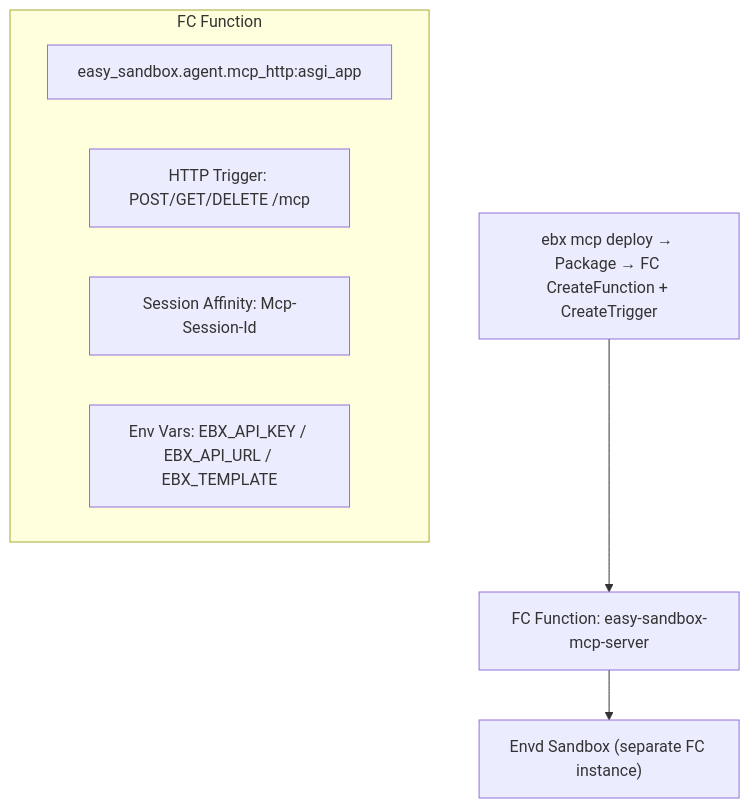
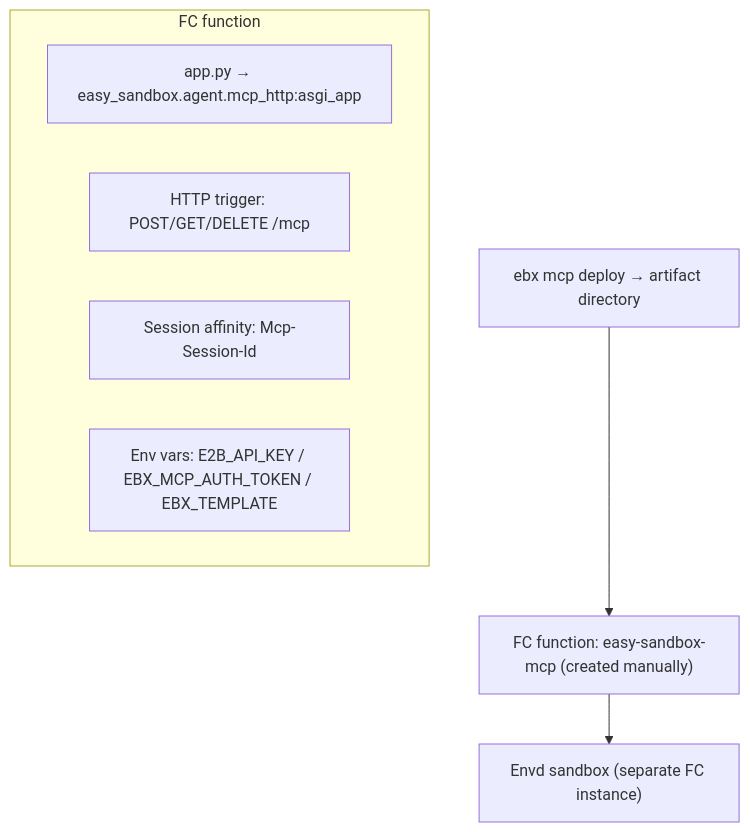
One commit to Easy-Sandbox/easy-sandbox changed the sixth of 6 diagrams in docs/en/design/mcp-server.md. Above: the diagram before and after it, drawn with Mermaid. The commit also changed other lines of this file and 338 other files, not shown here.

````diff
--- a/docs/en/design/mcp-server.md
+++ b/docs/en/design/mcp-server.md
@@ -448,16 +452,16 @@
 ```mermaid
 graph TB
-    CLI["ebx mcp deploy → Package → FC CreateFunction + CreateTrigger"]
-    FC["FC Function: easy-sandbox-mcp-server"]
-    Sandbox["Envd Sandbox (separate FC instance)"]
+    CLI["ebx mcp deploy → artifact directory"]
+    FC["FC function: easy-sandbox-mcp (created manually)"]
+    Sandbox["Envd sandbox (separate FC instance)"]
 
     CLI --> FC
     FC --> Sandbox
 
-    subgraph FC_Function ["FC Function"]
-        ASGI["easy_sandbox.agent.mcp_http:asgi_app"]
-        Trigger["HTTP Trigger: POST/GET/DELETE /mcp"]
-        Session["Session Affinity: Mcp-Session-Id"]
-        Env["Env Vars: EBX_API_KEY / EBX_API_URL / EBX_TEMPLATE"]
+    subgraph FC_Function ["FC function"]
+        ASGI["app.py → easy_sandbox.agent.mcp_http:asgi_app"]
+        Trigger["HTTP trigger: POST/GET/DELETE /mcp"]
+        Session["Session affinity: Mcp-Session-Id"]
+        Env["Env vars: E2B_API_KEY / EBX_MCP_AUTH_TOKEN / EBX_TEMPLATE"]
     end
 ```
````
